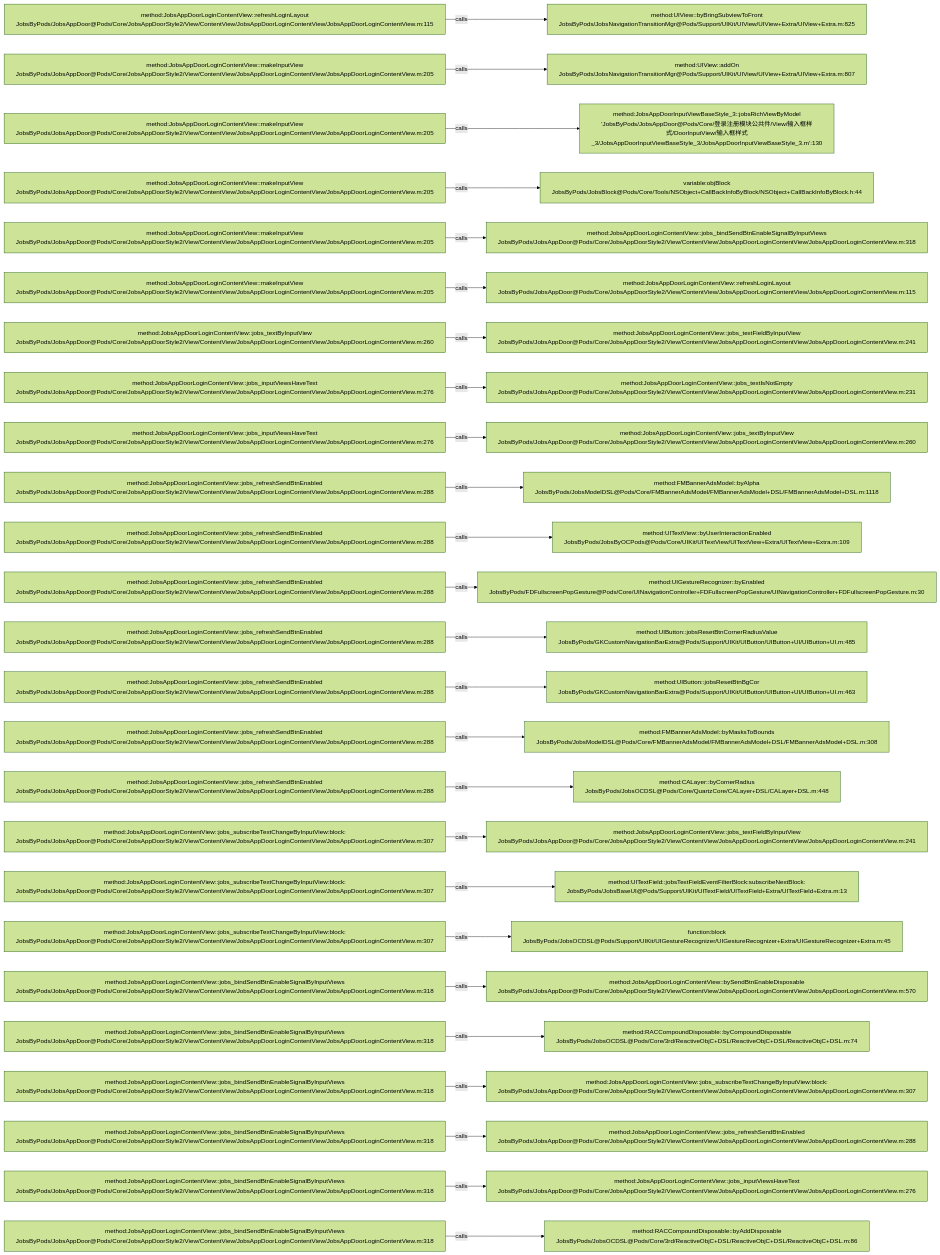
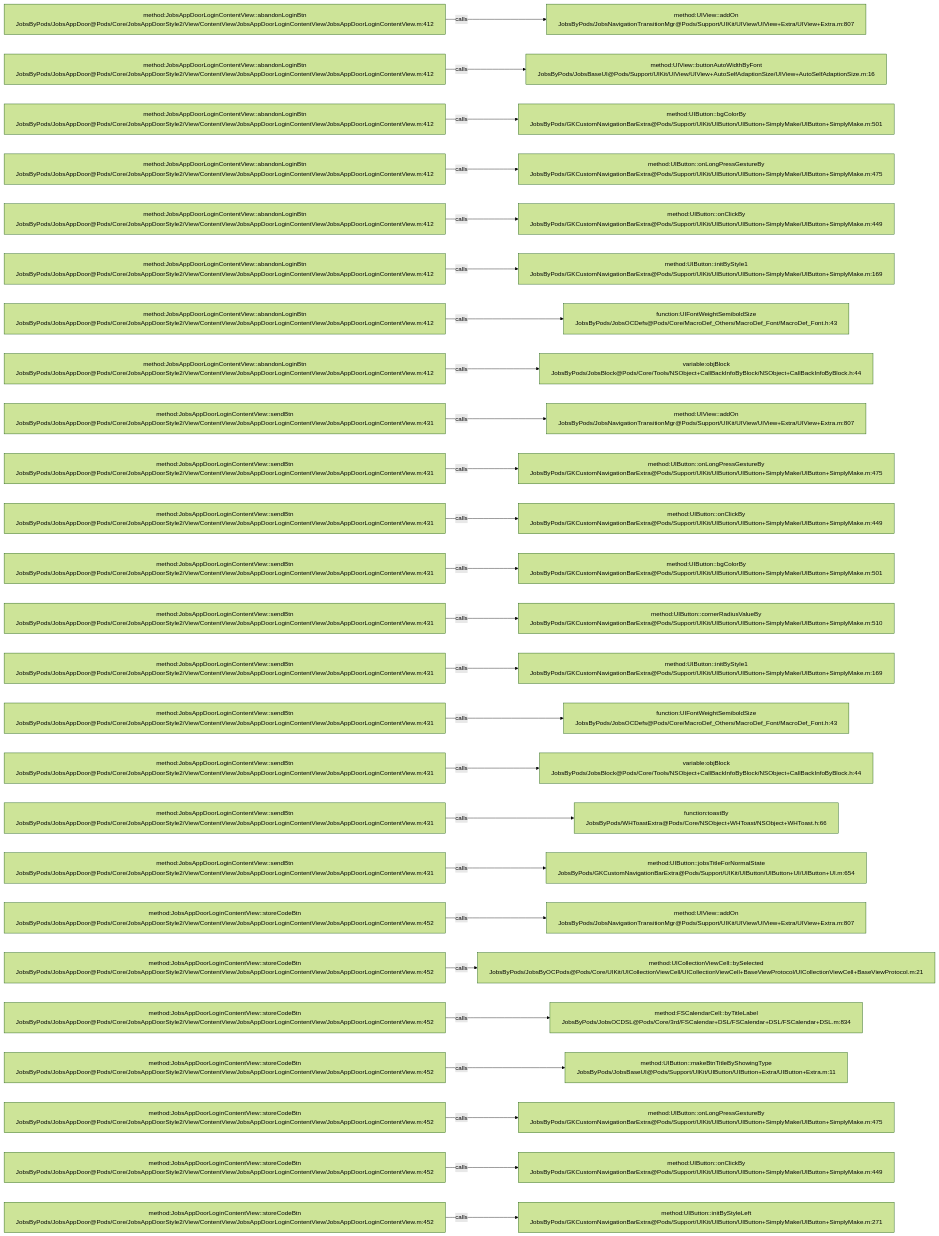
Before and after one commit to JobsKits/JobsOCBaseConfigDemo: the diagram in .codegraph/codegraph.md/graphs/calls-122.md, drawn with Mermaid (forest theme). The commit also changed 223 other files, not shown here.

````diff
--- a/.codegraph/codegraph.md/graphs/calls-122.md
+++ b/.codegraph/codegraph.md/graphs/calls-122.md
@@ -13,78 +13,78 @@
 ```mermaid
 flowchart LR
-  S1["method:JobsAppDoorLoginContentView::refreshLoginLayout<br/>JobsByPods/JobsAppDoor@Pods/Core/JobsAppDoorStyle2/View/ContentView/JobsAppDoorLoginContentView/JobsAppDoorLoginContentView.m:115"]
-  T1["method:UIView::byBringSubviewToFront<br/>JobsByPods/JobsNavigationTransitionMgr@Pods/Support/UIKit/UIView/UIView+Extra/UIView+Extra.m:825"]
+  S1["method:JobsAppDoorLoginContentView::abandonLoginBtn<br/>JobsByPods/JobsAppDoor@Pods/Core/JobsAppDoorStyle2/View/ContentView/JobsAppDoorLoginContentView/JobsAppDoorLoginContentView.m:412"]
+  T1["method:UIView::addOn<br/>JobsByPods/JobsNavigationTransitionMgr@Pods/Support/UIKit/UIView/UIView+Extra/UIView+Extra.m:807"]
   S1 -->|calls| T1
-  S2["method:JobsAppDoorLoginContentView::makeInputView<br/>JobsByPods/JobsAppDoor@Pods/Core/JobsAppDoorStyle2/View/ContentView/JobsAppDoorLoginContentView/JobsAppDoorLoginContentView.m:205"]
-  T2["method:UIView::addOn<br/>JobsByPods/JobsNavigationTransitionMgr@Pods/Support/UIKit/UIView/UIView+Extra/UIView+Extra.m:807"]
+  S2["method:JobsAppDoorLoginContentView::abandonLoginBtn<br/>JobsByPods/JobsAppDoor@Pods/Core/JobsAppDoorStyle2/View/ContentView/JobsAppDoorLoginContentView/JobsAppDoorLoginContentView.m:412"]
+  T2["method:UIView::buttonAutoWidthByFont<br/>JobsByPods/JobsBaseUI@Pods/Support/UIKit/UIView/UIView+AutoSelfAdaptionSize/UIView+AutoSelfAdaptionSize.m:16"]
   S2 -->|calls| T2
-  S3["method:JobsAppDoorLoginContentView::makeInputView<br/>JobsByPods/JobsAppDoor@Pods/Core/JobsAppDoorStyle2/View/ContentView/JobsAppDoorLoginContentView/JobsAppDoorLoginContentView.m:205"]
-  T3["method:JobsAppDoorInputViewBaseStyle_3::jobsRichViewByModel<br/>'JobsByPods/JobsAppDoor@Pods/Core/登录注册模块公共件/View/输入框样式/DoorInputView/输入框样式_3/JobsAppDoorInputViewBaseStyle_3/JobsAppDoorInputViewBaseStyle_3.m':130"]
+  S3["method:JobsAppDoorLoginContentView::abandonLoginBtn<br/>JobsByPods/JobsAppDoor@Pods/Core/JobsAppDoorStyle2/View/ContentView/JobsAppDoorLoginContentView/JobsAppDoorLoginContentView.m:412"]
+  T3["method:UIButton::bgColorBy<br/>JobsByPods/GKCustomNavigationBarExtra@Pods/Support/UIKit/UIButton/UIButton+SimplyMake/UIButton+SimplyMake.m:501"]
   S3 -->|calls| T3
-  S4["method:JobsAppDoorLoginContentView::makeInputView<br/>JobsByPods/JobsAppDoor@Pods/Core/JobsAppDoorStyle2/View/ContentView/JobsAppDoorLoginContentView/JobsAppDoorLoginContentView.m:205"]
-  T4["variable:objBlock<br/>JobsByPods/JobsBlock@Pods/Core/Tools/NSObject+CallBackInfoByBlock/NSObject+CallBackInfoByBlock.h:44"]
+  S4["method:JobsAppDoorLoginContentView::abandonLoginBtn<br/>JobsByPods/JobsAppDoor@Pods/Core/JobsAppDoorStyle2/View/ContentView/JobsAppDoorLoginContentView/JobsAppDoorLoginContentView.m:412"]
+  T4["method:UIButton::onLongPressGestureBy<br/>JobsByPods/GKCustomNavigationBarExtra@Pods/Support/UIKit/UIButton/UIButton+SimplyMake/UIButton+SimplyMake.m:475"]
   S4 -->|calls| T4
-  S5["method:JobsAppDoorLoginContentView::makeInputView<br/>JobsByPods/JobsAppDoor@Pods/Core/JobsAppDoorStyle2/View/ContentView/JobsAppDoorLoginContentView/JobsAppDoorLoginContentView.m:205"]
-  T5["method:JobsAppDoorLoginContentView::jobs_bindSendBtnEnableSignalByInputViews<br/>JobsByPods/JobsAppDoor@Pods/Core/JobsAppDoorStyle2/View/ContentView/JobsAppDoorLoginContentView/JobsAppDoorLoginContentView.m:318"]
+  S5["method:JobsAppDoorLoginContentView::abandonLoginBtn<br/>JobsByPods/JobsAppDoor@Pods/Core/JobsAppDoorStyle2/View/ContentView/JobsAppDoorLoginContentView/JobsAppDoorLoginContentView.m:412"]
+  T5["method:UIButton::onClickBy<br/>JobsByPods/GKCustomNavigationBarExtra@Pods/Support/UIKit/UIButton/UIButton+SimplyMake/UIButton+SimplyMake.m:449"]
   S5 -->|calls| T5
-  S6["method:JobsAppDoorLoginContentView::makeInputView<br/>JobsByPods/JobsAppDoor@Pods/Core/JobsAppDoorStyle2/View/ContentView/JobsAppDoorLoginContentView/JobsAppDoorLoginContentView.m:205"]
-  T6["method:JobsAppDoorLoginContentView::refreshLoginLayout<br/>JobsByPods/JobsAppDoor@Pods/Core/JobsAppDoorStyle2/View/ContentView/JobsAppDoorLoginContentView/JobsAppDoorLoginContentView.m:115"]
+  S6["method:JobsAppDoorLoginContentView::abandonLoginBtn<br/>JobsByPods/JobsAppDoor@Pods/Core/JobsAppDoorStyle2/View/ContentView/JobsAppDoorLoginContentView/JobsAppDoorLoginContentView.m:412"]
+  T6["method:UIButton::initByStyle1<br/>JobsByPods/GKCustomNavigationBarExtra@Pods/Support/UIKit/UIButton/UIButton+SimplyMake/UIButton+SimplyMake.m:169"]
   S6 -->|calls| T6
-  S7["method:JobsAppDoorLoginContentView::jobs_textByInputView<br/>JobsByPods/JobsAppDoor@Pods/Core/JobsAppDoorStyle2/View/ContentView/JobsAppDoorLoginContentView/JobsAppDoorLoginContentView.m:260"]
-  T7["method:JobsAppDoorLoginContentView::jobs_textFieldByInputView<br/>JobsByPods/JobsAppDoor@Pods/Core/JobsAppDoorStyle2/View/ContentView/JobsAppDoorLoginContentView/JobsAppDoorLoginContentView.m:241"]
+  S7["method:JobsAppDoorLoginContentView::abandonLoginBtn<br/>JobsByPods/JobsAppDoor@Pods/Core/JobsAppDoorStyle2/View/ContentView/JobsAppDoorLoginContentView/JobsAppDoorLoginContentView.m:412"]
+  T7["function:UIFontWeightSemiboldSize<br/>JobsByPods/JobsOCDefs@Pods/Core/MacroDef_Others/MacroDef_Font/MacroDef_Font.h:43"]
   S7 -->|calls| T7
-  S8["method:JobsAppDoorLoginContentView::jobs_inputViewsHaveText<br/>JobsByPods/JobsAppDoor@Pods/Core/JobsAppDoorStyle2/View/ContentView/JobsAppDoorLoginContentView/JobsAppDoorLoginContentView.m:276"]
-  T8["method:JobsAppDoorLoginContentView::jobs_textIsNotEmpty<br/>JobsByPods/JobsAppDoor@Pods/Core/JobsAppDoorStyle2/View/ContentView/JobsAppDoorLoginContentView/JobsAppDoorLoginContentView.m:231"]
+  S8["method:JobsAppDoorLoginContentView::abandonLoginBtn<br/>JobsByPods/JobsAppDoor@Pods/Core/JobsAppDoorStyle2/View/ContentView/JobsAppDoorLoginContentView/JobsAppDoorLoginContentView.m:412"]
+  T8["variable:objBlock<br/>JobsByPods/JobsBlock@Pods/Core/Tools/NSObject+CallBackInfoByBlock/NSObject+CallBackInfoByBlock.h:44"]
   S8 -->|calls| T8
-  S9["method:JobsAppDoorLoginContentView::jobs_inputViewsHaveText<br/>JobsByPods/JobsAppDoor@Pods/Core/JobsAppDoorStyle2/View/ContentView/JobsAppDoorLoginContentView/JobsAppDoorLoginContentView.m:276"]
-  T9["method:JobsAppDoorLoginContentView::jobs_textByInputView<br/>JobsByPods/JobsAppDoor@Pods/Core/JobsAppDoorStyle2/View/ContentView/JobsAppDoorLoginContentView/JobsAppDoorLoginContentView.m:260"]
+  S9["method:JobsAppDoorLoginContentView::sendBtn<br/>JobsByPods/JobsAppDoor@Pods/Core/JobsAppDoorStyle2/View/ContentView/JobsAppDoorLoginContentView/JobsAppDoorLoginContentView.m:431"]
+  T9["method:UIView::addOn<br/>JobsByPods/JobsNavigationTransitionMgr@Pods/Support/UIKit/UIView/UIView+Extra/UIView+Extra.m:807"]
   S9 -->|calls| T9
-  S10["method:JobsAppDoorLoginContentView::jobs_refreshSendBtnEnabled<br/>JobsByPods/JobsAppDoor@Pods/Core/JobsAppDoorStyle2/View/ContentView/JobsAppDoorLoginContentView/JobsAppDoorLoginContentView.m:288"]
-  T10["method:FMBannerAdsModel::byAlpha<br/>JobsByPods/JobsModelDSL@Pods/Core/FMBannerAdsModel/FMBannerAdsModel+DSL/FMBannerAdsModel+DSL.m:1118"]
+  S10["method:JobsAppDoorLoginContentView::sendBtn<br/>JobsByPods/JobsAppDoor@Pods/Core/JobsAppDoorStyle2/View/ContentView/JobsAppDoorLoginContentView/JobsAppDoorLoginContentView.m:431"]
+  T10["method:UIButton::onLongPressGestureBy<br/>JobsByPods/GKCustomNavigationBarExtra@Pods/Support/UIKit/UIButton/UIButton+SimplyMake/UIButton+SimplyMake.m:475"]
   S10 -->|calls| T10
-  S11["method:JobsAppDoorLoginContentView::jobs_refreshSendBtnEnabled<br/>JobsByPods/JobsAppDoor@Pods/Core/JobsAppDoorStyle2/View/ContentView/JobsAppDoorLoginContentView/JobsAppDoorLoginContentView.m:288"]
-  T11["method:UITextView::byUserInteractionEnabled<br/>JobsByPods/JobsByOCPods@Pods/Core/UIKit/UITextView/UITextView+Extra/UITextView+Extra.m:109"]
+  S11["method:JobsAppDoorLoginContentView::sendBtn<br/>JobsByPods/JobsAppDoor@Pods/Core/JobsAppDoorStyle2/View/ContentView/JobsAppDoorLoginContentView/JobsAppDoorLoginContentView.m:431"]
+  T11["method:UIButton::onClickBy<br/>JobsByPods/GKCustomNavigationBarExtra@Pods/Support/UIKit/UIButton/UIButton+SimplyMake/UIButton+SimplyMake.m:449"]
   S11 -->|calls| T11
-  S12["method:JobsAppDoorLoginContentView::jobs_refreshSendBtnEnabled<br/>JobsByPods/JobsAppDoor@Pods/Core/JobsAppDoorStyle2/View/ContentView/JobsAppDoorLoginContentView/JobsAppDoorLoginContentView.m:288"]
-  T12["method:UIGestureRecognizer::byEnabled<br/>JobsByPods/FDFullscreenPopGesture@Pods/Core/UINavigationController+FDFullscreenPopGesture/UINavigationController+FDFullscreenPopGesture.m:30"]
+  S12["method:JobsAppDoorLoginContentView::sendBtn<br/>JobsByPods/JobsAppDoor@Pods/Core/JobsAppDoorStyle2/View/ContentView/JobsAppDoorLoginContentView/JobsAppDoorLoginContentView.m:431"]
+  T12["method:UIButton::bgColorBy<br/>JobsByPods/GKCustomNavigationBarExtra@Pods/Support/UIKit/UIButton/UIButton+SimplyMake/UIButton+SimplyMake.m:501"]
   S12 -->|calls| T12
-  S13["method:JobsAppDoorLoginContentView::jobs_refreshSendBtnEnabled<br/>JobsByPods/JobsAppDoor@Pods/Core/JobsAppDoorStyle2/View/ContentView/JobsAppDoorLoginContentView/JobsAppDoorLoginContentView.m:288"]
-  T13["method:UIButton::jobsResetBtnCornerRadiusValue<br/>JobsByPods/GKCustomNavigationBarExtra@Pods/Support/UIKit/UIButton/UIButton+UI/UIButton+UI.m:485"]
+  S13["method:JobsAppDoorLoginContentView::sendBtn<br/>JobsByPods/JobsAppDoor@Pods/Core/JobsAppDoorStyle2/View/ContentView/JobsAppDoorLoginContentView/JobsAppDoorLoginContentView.m:431"]
+  T13["method:UIButton::cornerRadiusValueBy<br/>JobsByPods/GKCustomNavigationBarExtra@Pods/Support/UIKit/UIButton/UIButton+SimplyMake/UIButton+SimplyMake.m:510"]
   S13 -->|calls| T13
-  S14["method:JobsAppDoorLoginContentView::jobs_refreshSendBtnEnabled<br/>JobsByPods/JobsAppDoor@Pods/Core/JobsAppDoorStyle2/View/ContentView/JobsAppDoorLoginContentView/JobsAppDoorLoginContentView.m:288"]
-  T14["method:UIButton::jobsResetBtnBgCor<br/>JobsByPods/GKCustomNavigationBarExtra@Pods/Support/UIKit/UIButton/UIButton+UI/UIButton+UI.m:463"]
+  S14["method:JobsAppDoorLoginContentView::sendBtn<br/>JobsByPods/JobsAppDoor@Pods/Core/JobsAppDoorStyle2/View/ContentView/JobsAppDoorLoginContentView/JobsAppDoorLoginContentView.m:431"]
+  T14["method:UIButton::initByStyle1<br/>JobsByPods/GKCustomNavigationBarExtra@Pods/Support/UIKit/UIButton/UIButton+SimplyMake/UIButton+SimplyMake.m:169"]
   S14 -->|calls| T14
-  S15["method:JobsAppDoorLoginContentView::jobs_refreshSendBtnEnabled<br/>JobsByPods/JobsAppDoor@Pods/Core/JobsAppDoorStyle2/View/ContentView/JobsAppDoorLoginContentView/JobsAppDoorLoginContentView.m:288"]
-  T15["method:FMBannerAdsModel::byMasksToBounds<br/>JobsByPods/JobsModelDSL@Pods/Core/FMBannerAdsModel/FMBannerAdsModel+DSL/FMBannerAdsModel+DSL.m:308"]
+  S15["method:JobsAppDoorLoginContentView::sendBtn<br/>JobsByPods/JobsAppDoor@Pods/Core/JobsAppDoorStyle2/View/ContentView/JobsAppDoorLoginContentView/JobsAppDoorLoginContentView.m:431"]
+  T15["function:UIFontWeightSemiboldSize<br/>JobsByPods/JobsOCDefs@Pods/Core/MacroDef_Others/MacroDef_Font/MacroDef_Font.h:43"]
   S15 -->|calls| T15
-  S16["method:JobsAppDoorLoginContentView::jobs_refreshSendBtnEnabled<br/>JobsByPods/JobsAppDoor@Pods/Core/JobsAppDoorStyle2/View/ContentView/JobsAppDoorLoginContentView/JobsAppDoorLoginContentView.m:288"]
-  T16["method:CALayer::byCornerRadius<br/>JobsByPods/JobsOCDSL@Pods/Core/QuartzCore/CALayer+DSL/CALayer+DSL.m:448"]
+  S16["method:JobsAppDoorLoginContentView::sendBtn<br/>JobsByPods/JobsAppDoor@Pods/Core/JobsAppDoorStyle2/View/ContentView/JobsAppDoorLoginContentView/JobsAppDoorLoginContentView.m:431"]
+  T16["variable:objBlock<br/>JobsByPods/JobsBlock@Pods/Core/Tools/NSObject+CallBackInfoByBlock/NSObject+CallBackInfoByBlock.h:44"]
   S16 -->|calls| T16
-  S17["method:JobsAppDoorLoginContentView::jobs_subscribeTextChangeByInputView:block:<br/>JobsByPods/JobsAppDoor@Pods/Core/JobsAppDoorStyle2/View/ContentView/JobsAppDoorLoginContentView/JobsAppDoorLoginContentView.m:307"]
-  T17["method:JobsAppDoorLoginContentView::jobs_textFieldByInputView<br/>JobsByPods/JobsAppDoor@Pods/Core/JobsAppDoorStyle2/View/ContentView/JobsAppDoorLoginContentView/JobsAppDoorLoginContentView.m:241"]
+  S17["method:JobsAppDoorLoginContentView::sendBtn<br/>JobsByPods/JobsAppDoor@Pods/Core/JobsAppDoorStyle2/View/ContentView/JobsAppDoorLoginContentView/JobsAppDoorLoginContentView.m:431"]
+  T17["function:toastBy<br/>JobsByPods/WHToastExtra@Pods/Core/NSObject+WHToast/NSObject+WHToast.h:66"]
   S17 -->|calls| T17
-  S18["method:JobsAppDoorLoginContentView::jobs_subscribeTextChangeByInputView:block:<br/>JobsByPods/JobsAppDoor@Pods/Core/JobsAppDoorStyle2/View/ContentView/JobsAppDoorLoginContentView/JobsAppDoorLoginContentView.m:307"]
-  T18["method:UITextField::jobsTextFieldEventFilterBlock:subscribeNextBlock:<br/>JobsByPods/JobsBaseUI@Pods/Support/UIKit/UITextField/UITextField+Extra/UITextField+Extra.m:13"]
+  S18["method:JobsAppDoorLoginContentView::sendBtn<br/>JobsByPods/JobsAppDoor@Pods/Core/JobsAppDoorStyle2/View/ContentView/JobsAppDoorLoginContentView/JobsAppDoorLoginContentView.m:431"]
+  T18["method:UIButton::jobsTitleForNormalState<br/>JobsByPods/GKCustomNavigationBarExtra@Pods/Support/UIKit/UIButton/UIButton+UI/UIButton+UI.m:654"]
   S18 -->|calls| T18
-  S19["method:JobsAppDoorLoginContentView::jobs_subscribeTextChangeByInputView:block:<br/>JobsByPods/JobsAppDoor@Pods/Core/JobsAppDoorStyle2/View/ContentView/JobsAppDoorLoginContentView/JobsAppDoorLoginContentView.m:307"]
-  T19["function:block<br/>JobsByPods/JobsOCDSL@Pods/Support/UIKit/UIGestureRecognizer/UIGestureRecognizer+Extra/UIGestureRecognizer+Extra.m:45"]
+  S19["method:JobsAppDoorLoginContentView::storeCodeBtn<br/>JobsByPods/JobsAppDoor@Pods/Core/JobsAppDoorStyle2/View/ContentView/JobsAppDoorLoginContentView/JobsAppDoorLoginContentView.m:452"]
+  T19["method:UIView::addOn<br/>JobsByPods/JobsNavigationTransitionMgr@Pods/Support/UIKit/UIView/UIView+Extra/UIView+Extra.m:807"]
   S19 -->|calls| T19
-  S20["method:JobsAppDoorLoginContentView::jobs_bindSendBtnEnableSignalByInputViews<br/>JobsByPods/JobsAppDoor@Pods/Core/JobsAppDoorStyle2/View/ContentView/JobsAppDoorLoginContentView/JobsAppDoorLoginContentView.m:318"]
-  T20["method:JobsAppDoorLoginContentView::bySendBtnEnableDisposable<br/>JobsByPods/JobsAppDoor@Pods/Core/JobsAppDoorStyle2/View/ContentView/JobsAppDoorLoginContentView/JobsAppDoorLoginContentView.m:570"]
+  S20["method:JobsAppDoorLoginContentView::storeCodeBtn<br/>JobsByPods/JobsAppDoor@Pods/Core/JobsAppDoorStyle2/View/ContentView/JobsAppDoorLoginContentView/JobsAppDoorLoginContentView.m:452"]
+  T20["method:UICollectionViewCell::bySelected<br/>JobsByPods/JobsByOCPods@Pods/Core/UIKit/UICollectionViewCell/UICollectionViewCell+BaseViewProtocol/UICollectionViewCell+BaseViewProtocol.m:21"]
   S20 -->|calls| T20
-  S21["method:JobsAppDoorLoginContentView::jobs_bindSendBtnEnableSignalByInputViews<br/>JobsByPods/JobsAppDoor@Pods/Core/JobsAppDoorStyle2/View/ContentView/JobsAppDoorLoginContentView/JobsAppDoorLoginContentView.m:318"]
-  T21["method:RACCompoundDisposable::byCompoundDisposable<br/>JobsByPods/JobsOCDSL@Pods/Core/3rd/ReactiveObjC+DSL/ReactiveObjC+DSL/ReactiveObjC+DSL.m:74"]
+  S21["method:JobsAppDoorLoginContentView::storeCodeBtn<br/>JobsByPods/JobsAppDoor@Pods/Core/JobsAppDoorStyle2/View/ContentView/JobsAppDoorLoginContentView/JobsAppDoorLoginContentView.m:452"]
+  T21["method:FSCalendarCell::byTitleLabel<br/>JobsByPods/JobsOCDSL@Pods/Core/3rd/FSCalendar+DSL/FSCalendar+DSL/FSCalendar+DSL.m:834"]
   S21 -->|calls| T21
-  S22["method:JobsAppDoorLoginContentView::jobs_bindSendBtnEnableSignalByInputViews<br/>JobsByPods/JobsAppDoor@Pods/Core/JobsAppDoorStyle2/View/ContentView/JobsAppDoorLoginContentView/JobsAppDoorLoginContentView.m:318"]
-  T22["method:JobsAppDoorLoginContentView::jobs_subscribeTextChangeByInputView:block:<br/>JobsByPods/JobsAppDoor@Pods/Core/JobsAppDoorStyle2/View/ContentView/JobsAppDoorLoginContentView/JobsAppDoorLoginContentView.m:307"]
+  S22["method:JobsAppDoorLoginContentView::storeCodeBtn<br/>JobsByPods/JobsAppDoor@Pods/Core/JobsAppDoorStyle2/View/ContentView/JobsAppDoorLoginContentView/JobsAppDoorLoginContentView.m:452"]
+  T22["method:UIButton::makeBtnTitleByShowingType<br/>JobsByPods/JobsBaseUI@Pods/Support/UIKit/UIButton/UIButton+Extra/UIButton+Extra.m:11"]
   S22 -->|calls| T22
-  S23["method:JobsAppDoorLoginContentView::jobs_bindSendBtnEnableSignalByInputViews<br/>JobsByPods/JobsAppDoor@Pods/Core/JobsAppDoorStyle2/View/ContentView/JobsAppDoorLoginContentView/JobsAppDoorLoginContentView.m:318"]
-  T23["method:JobsAppDoorLoginContentView::jobs_refreshSendBtnEnabled<br/>JobsByPods/JobsAppDoor@Pods/Core/JobsAppDoorStyle2/View/ContentView/JobsAppDoorLoginContentView/JobsAppDoorLoginContentView.m:288"]
+  S23["method:JobsAppDoorLoginContentView::storeCodeBtn<br/>JobsByPods/JobsAppDoor@Pods/Core/JobsAppDoorStyle2/View/ContentView/JobsAppDoorLoginContentView/JobsAppDoorLoginContentView.m:452"]
+  T23["method:UIButton::onLongPressGestureBy<br/>JobsByPods/GKCustomNavigationBarExtra@Pods/Support/UIKit/UIButton/UIButton+SimplyMake/UIButton+SimplyMake.m:475"]
   S23 -->|calls| T23
-  S24["method:JobsAppDoorLoginContentView::jobs_bindSendBtnEnableSignalByInputViews<br/>JobsByPods/JobsAppDoor@Pods/Core/JobsAppDoorStyle2/View/ContentView/JobsAppDoorLoginContentView/JobsAppDoorLoginContentView.m:318"]
-  T24["method:JobsAppDoorLoginContentView::jobs_inputViewsHaveText<br/>JobsByPods/JobsAppDoor@Pods/Core/JobsAppDoorStyle2/View/ContentView/JobsAppDoorLoginContentView/JobsAppDoorLoginContentView.m:276"]
+  S24["method:JobsAppDoorLoginContentView::storeCodeBtn<br/>JobsByPods/JobsAppDoor@Pods/Core/JobsAppDoorStyle2/View/ContentView/JobsAppDoorLoginContentView/JobsAppDoorLoginContentView.m:452"]
+  T24["method:UIButton::onClickBy<br/>JobsByPods/GKCustomNavigationBarExtra@Pods/Support/UIKit/UIButton/UIButton+SimplyMake/UIButton+SimplyMake.m:449"]
   S24 -->|calls| T24
-  S25["method:JobsAppDoorLoginContentView::jobs_bindSendBtnEnableSignalByInputViews<br/>JobsByPods/JobsAppDoor@Pods/Core/JobsAppDoorStyle2/View/ContentView/JobsAppDoorLoginContentView/JobsAppDoorLoginContentView.m:318"]
-  T25["method:RACCompoundDisposable::byAddDisposable<br/>JobsByPods/JobsOCDSL@Pods/Core/3rd/ReactiveObjC+DSL/ReactiveObjC+DSL/ReactiveObjC+DSL.m:86"]
+  S25["method:JobsAppDoorLoginContentView::storeCodeBtn<br/>JobsByPods/JobsAppDoor@Pods/Core/JobsAppDoorStyle2/View/ContentView/JobsAppDoorLoginContentView/JobsAppDoorLoginContentView.m:452"]
+  T25["method:UIButton::initByStyleLeft<br/>JobsByPods/GKCustomNavigationBarExtra@Pods/Support/UIKit/UIButton/UIButton+SimplyMake/UIButton+SimplyMake.m:271"]
   S25 -->|calls| T25
 ```
````
